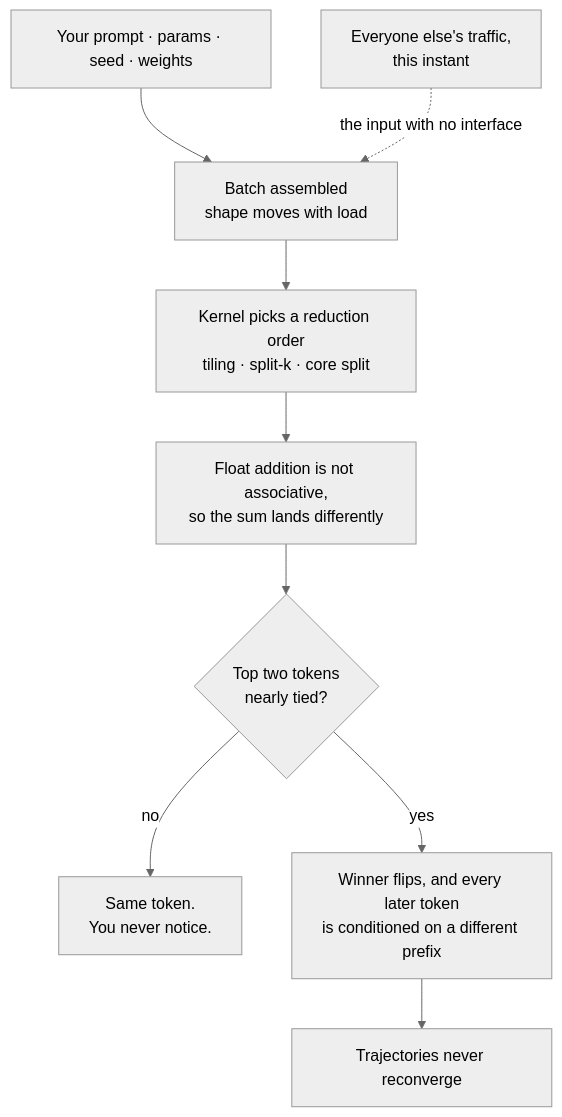
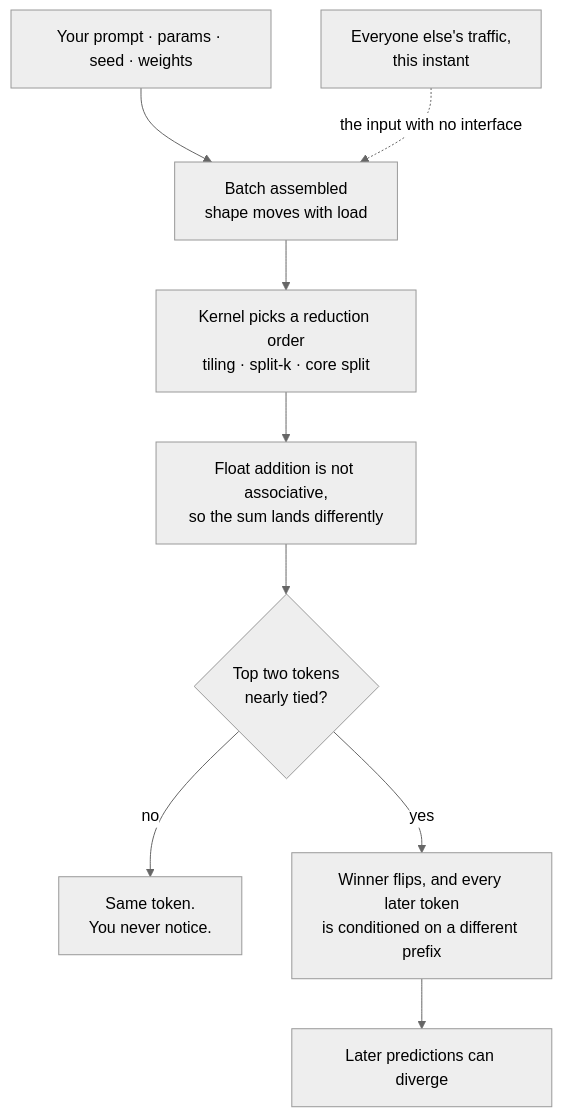
Before and after one commit to urmzd/urmzd.com: the first of 2 diagrams in src/blog/stop-calling-llms-non-deterministic.md, drawn with Mermaid (neutral theme). The commit also changed other lines of this file and 1 other file, not shown here.

````diff
--- a/src/blog/stop-calling-llms-non-deterministic.md
+++ b/src/blog/stop-calling-llms-non-deterministic.md
@@ -40,11 +40,11 @@
 ```mermaid
 flowchart TD
     P["Your prompt · params · seed · weights"] --> B
     L["Everyone else's traffic,<br/>this instant"] -. "the input with no interface" .-> B
     B["Batch assembled<br/>shape moves with load"] --> K["Kernel picks a reduction order<br/>tiling · split-k · core split"]
     K --> F["Float addition is not associative,<br/>so the sum lands differently"]
     F --> T{"Top two tokens<br/>nearly tied?"}
     T -- no --> S["Same token.<br/>You never notice."]
     T -- yes --> D["Winner flips, and every later token<br/>is conditioned on a different prefix"]
-    D --> X["Trajectories never reconverge"]
+    D --> X["Later predictions can diverge"]
 ```
````
